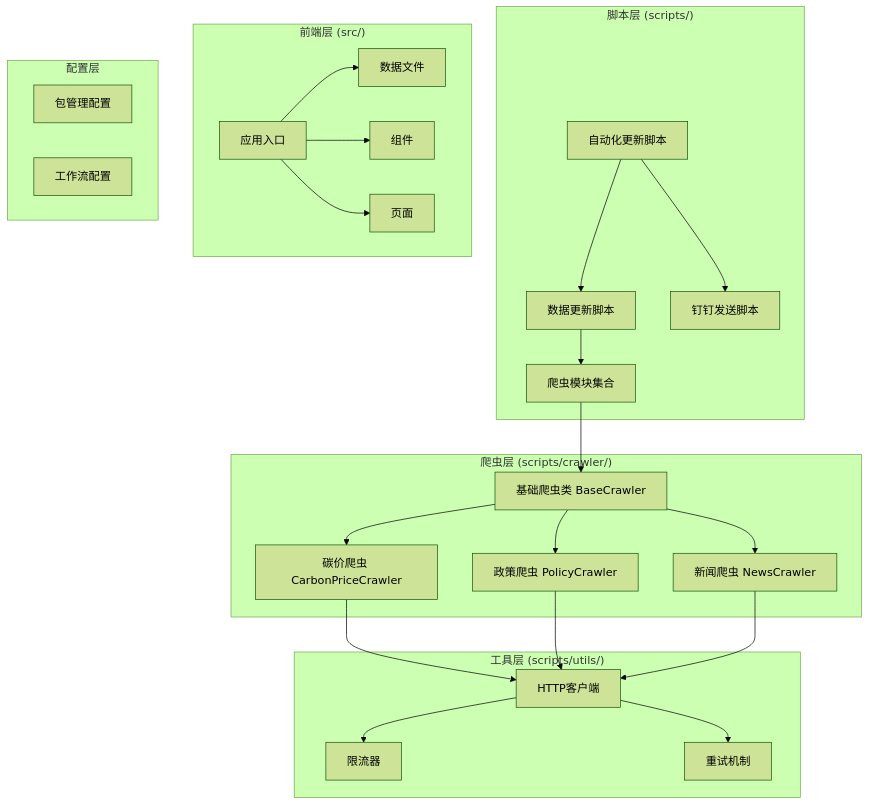
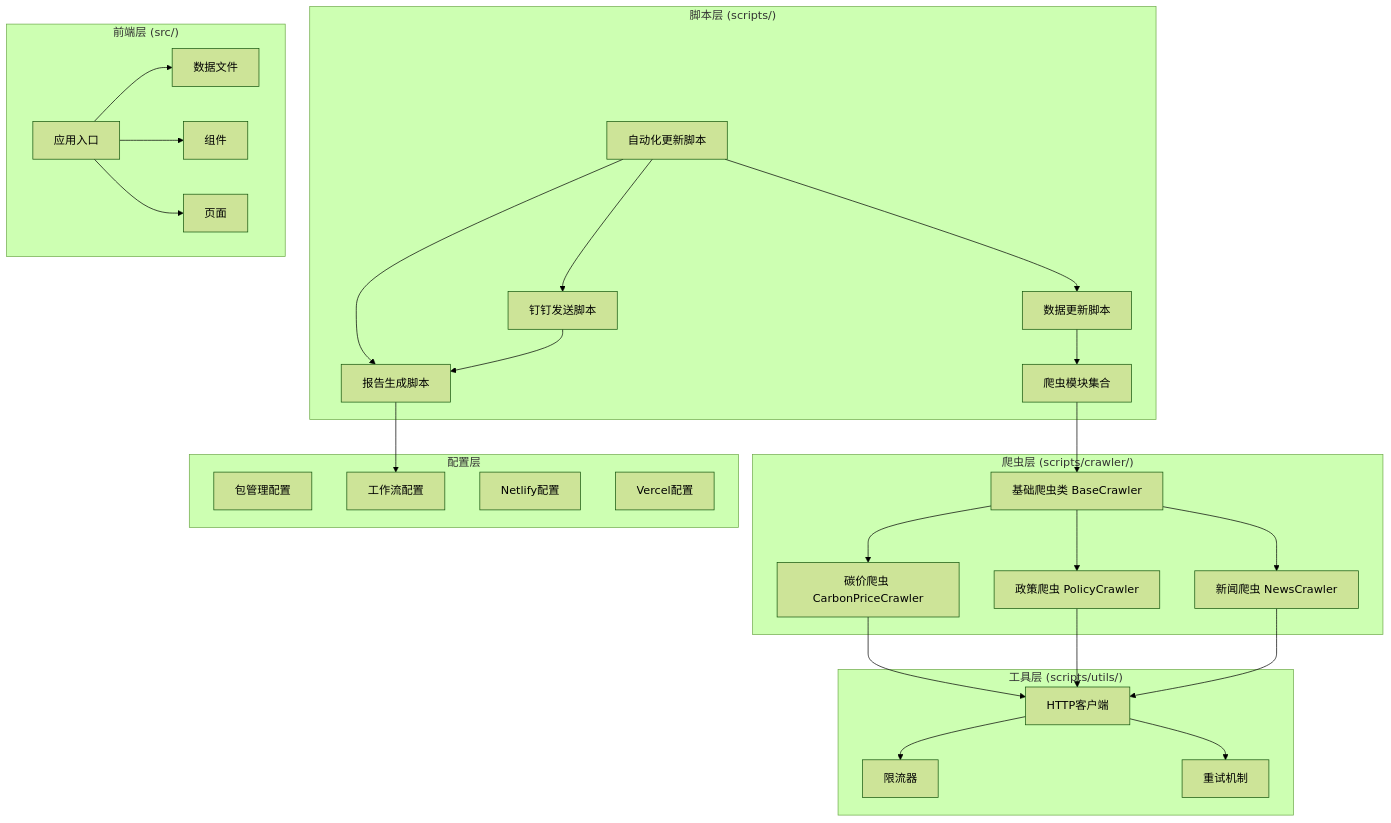
Before and after one commit to liangxuanliang-cmd/carbon-info-agent: the first of 12 diagrams in .qoder/repowiki/zh/content/部署与维护/自动化每日报告系统.md, drawn with Mermaid (forest theme). The commit also changed other lines of this file and 4 other files, not shown here.

````diff
--- a/.qoder/repowiki/zh/content/部署与维护/自动化每日报告系统.md
+++ b/.qoder/repowiki/zh/content/部署与维护/自动化每日报告系统.md
@@ -58,45 +63,51 @@
 ```mermaid
 graph TB
 subgraph "脚本层 (scripts/)"
 A[自动化更新脚本]
 B[数据更新脚本]
 C[钉钉发送脚本]
 D[爬虫模块集合]
+E[报告生成脚本]
 end
 subgraph "爬虫层 (scripts/crawler/)"
-E[基础爬虫类 BaseCrawler]
-F[碳价爬虫 CarbonPriceCrawler]
-G[政策爬虫 PolicyCrawler]
-H[新闻爬虫 NewsCrawler]
+F[基础爬虫类 BaseCrawler]
+G[碳价爬虫 CarbonPriceCrawler]
+H[政策爬虫 PolicyCrawler]
+I[新闻爬虫 NewsCrawler]
 end
 subgraph "工具层 (scripts/utils/)"
-I[HTTP客户端]
-J[限流器]
-K[重试机制]
+J[HTTP客户端]
+K[限流器]
+L[重试机制]
 end
 subgraph "前端层 (src/)"
-L[应用入口]
-M[数据文件]
-N[组件]
-O[页面]
+M[应用入口]
+N[数据文件]
+O[组件]
+P[页面]
 end
 subgraph "配置层"
-P[包管理配置]
-Q[工作流配置]
+Q[包管理配置]
+R[工作流配置]
+S[Netlify配置]
+T[Vercel配置]
 end
 A --> B
 A --> C
+A --> E
 B --> D
-D --> E
-E --> F
-E --> G
-E --> H
+D --> F
+F --> G
+F --> H
 F --> I
-G --> I
-H --> I
+G --> J
+H --> J
 I --> J
-I --> K
-L --> M
-L --> N
-L --> O
+J --> K
+J --> L
+C --> E
+E --> R
+M --> N
+M --> O
+M --> P
 ```
````
